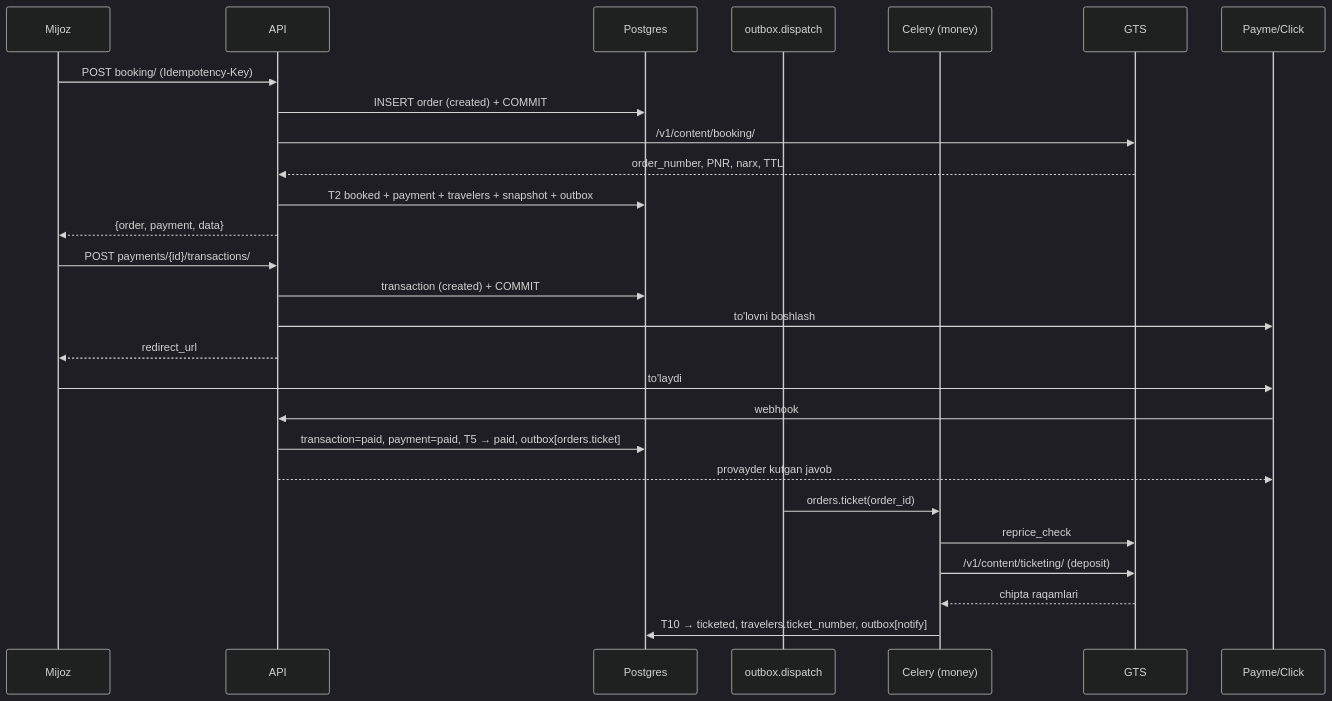
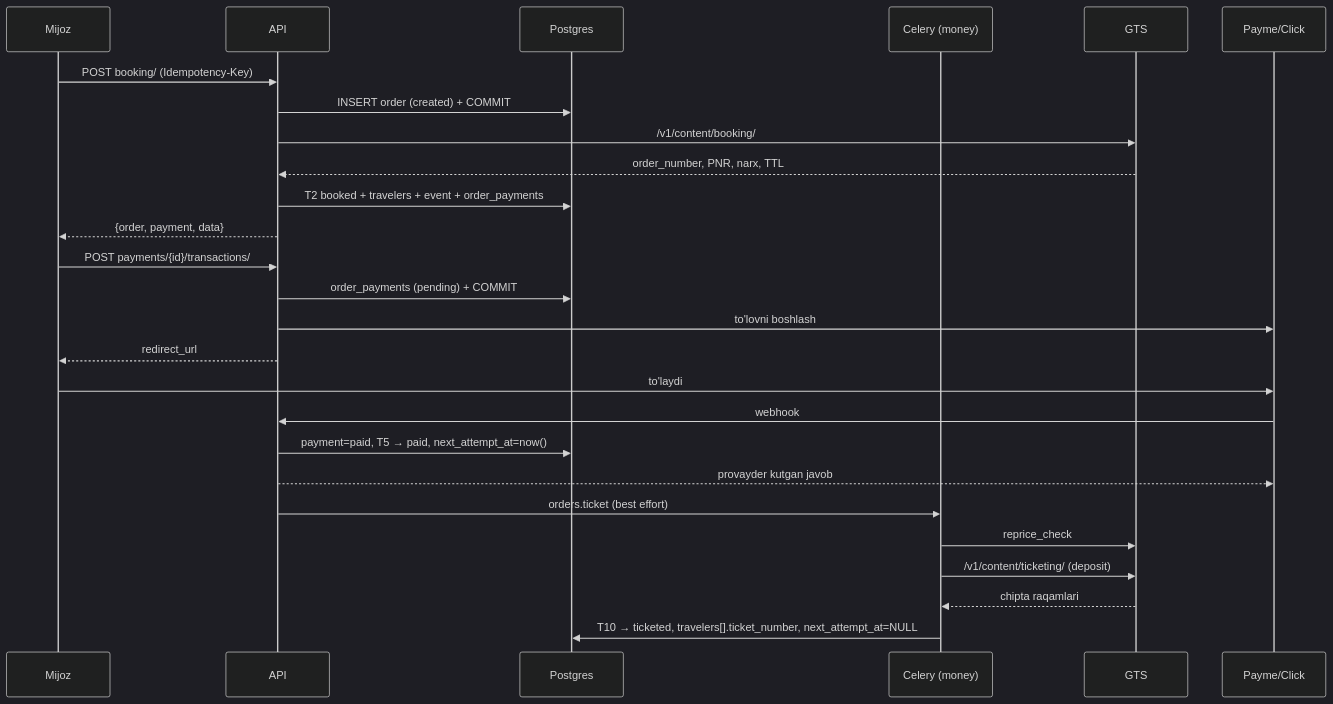
The third of 4 diagrams in docs/order-system/03-design.md (djumanov/b2c), drawn with Mermaid (dark theme) before and after one commit. The commit also changed other lines of this file and 3 other files, not shown here.

````diff
--- a/docs/order-system/03-design.md
+++ b/docs/order-system/03-design.md
@@ -597,32 +633,31 @@
 ```mermaid
 sequenceDiagram
     participant M as Mijoz
     participant A as API
     participant DB as Postgres
-    participant OB as outbox.dispatch
     participant W as Celery (money)
     participant G as GTS
     participant P as Payme/Click
 
     M->>A: POST booking/ (Idempotency-Key)
     A->>DB: INSERT order (created) + COMMIT
     A->>G: /v1/content/booking/
     G-->>A: order_number, PNR, narx, TTL
-    A->>DB: T2 booked + payment + travelers + snapshot + outbox
+    A->>DB: T2 booked + travelers + event + order_payments
     A-->>M: {order, payment, data}
 
     M->>A: POST payments/{id}/transactions/
-    A->>DB: transaction (created) + COMMIT
+    A->>DB: order_payments (pending) + COMMIT
     A->>P: to'lovni boshlash
     A-->>M: redirect_url
     M->>P: to'laydi
     P->>A: webhook
-    A->>DB: transaction=paid, payment=paid, T5 → paid, outbox[orders.ticket]
+    A->>DB: payment=paid, T5 → paid, next_attempt_at=now()
     A-->>P: provayder kutgan javob
+    A->>W: orders.ticket (best effort)
 
-    OB->>W: orders.ticket(order_id)
     W->>G: reprice_check
     W->>G: /v1/content/ticketing/ (deposit)
     G-->>W: chipta raqamlari
-    W->>DB: T10 → ticketed, travelers.ticket_number, outbox[notify]
+    W->>DB: T10 → ticketed, travelers[].ticket_number, next_attempt_at=NULL
 ```
````
